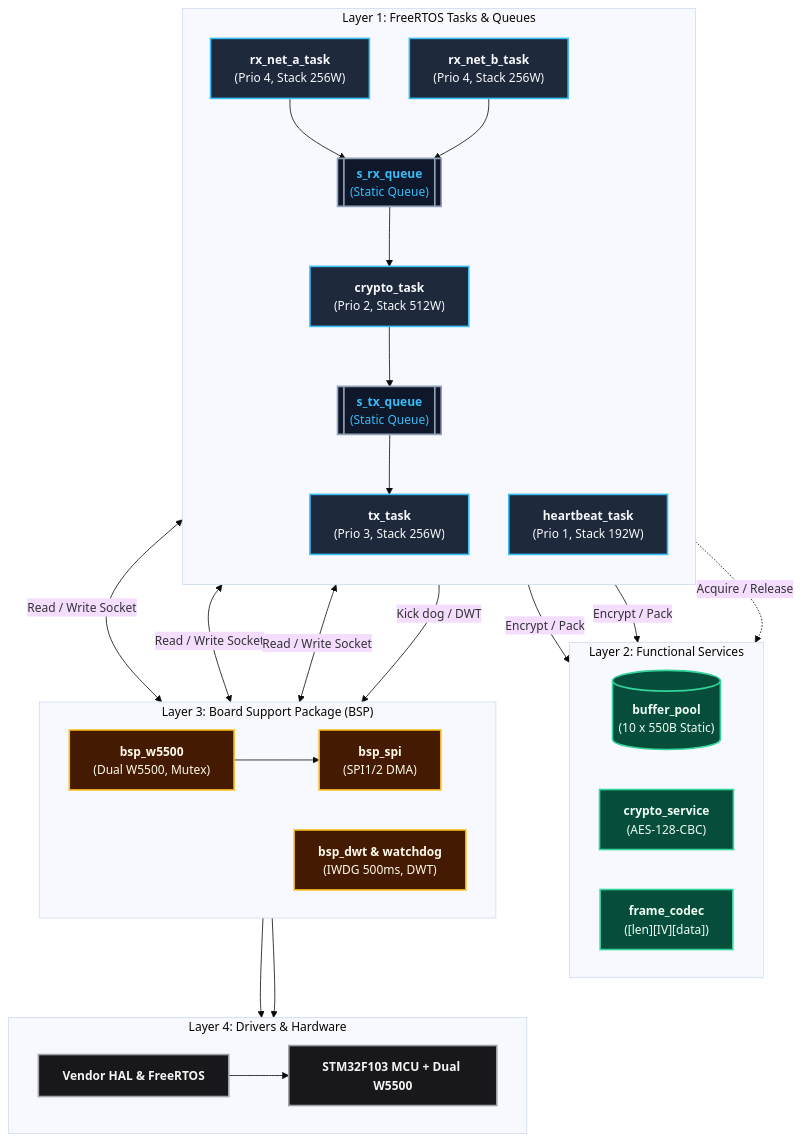
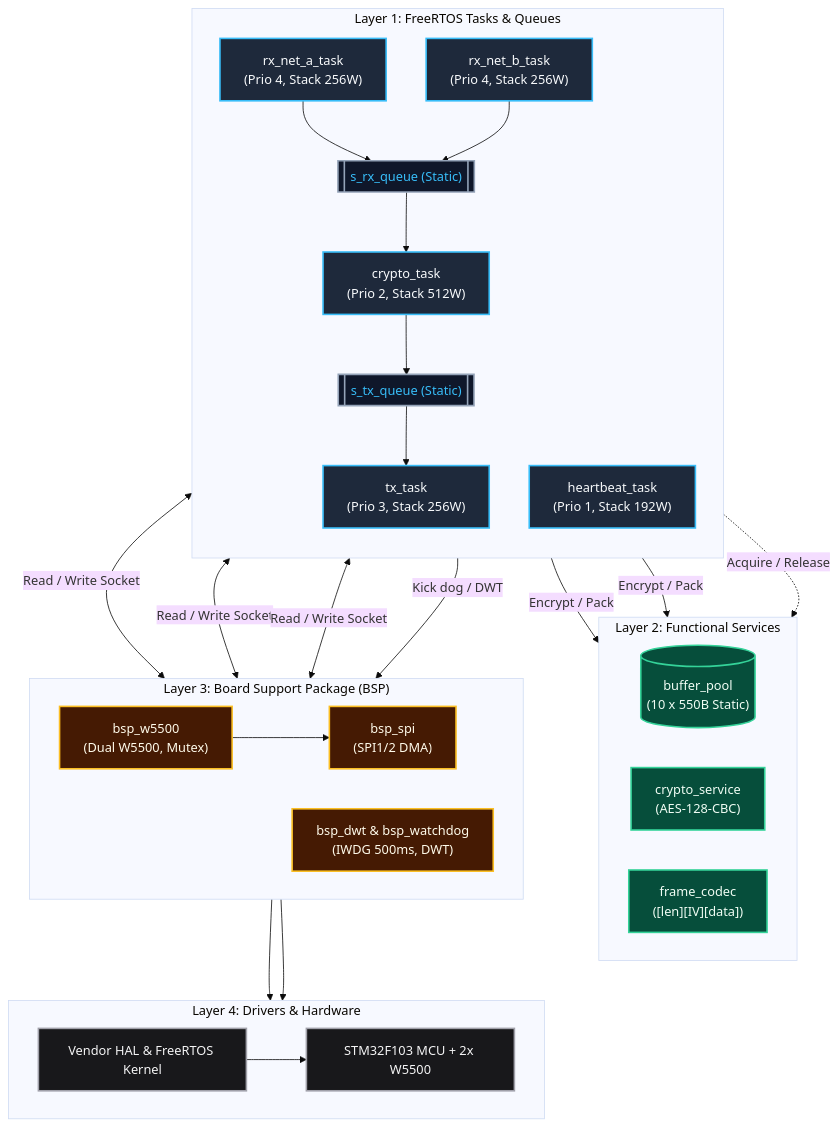
The second of 2 diagrams in README.md (Draconic211/Secure_Gateway_AES128_STM32), drawn with Mermaid before and after one commit.

````diff
--- a/README.md
+++ b/README.md
@@ -69,78 +69,63 @@
 ```mermaid
-%%{init: {'theme': 'base', 'themeVariables': { 'fontSize': '15px', 'fontFamily': 'ui-sans-serif, system-ui, -apple-system, Segoe UI, Roboto, Helvetica, Arial, sans-serif' }}}%%
+%%{init: {'theme': 'base', 'themeVariables': { 'fontSize': '16px', 'fontFamily': 'ui-sans-serif, system-ui, -apple-system, Segoe UI, Roboto, Helvetica, Arial, sans-serif' }}}%%
 flowchart TB
-    %% =============================================================
-    %% ĐỊNH NGHĨA FONT CHỮ LỚN & ĐỘ TƯƠNG PHẢN CAO
-    %% =============================================================
-    classDef default font-size:15px,color:#F8FAFC;
-    classDef taskClass    fill:#1E293B,stroke:#38BDF8,stroke-width:2px,color:#F8FAFC,font-size:15px;
-    classDef queueClass   fill:#0F172A,stroke:#94A3B8,stroke-width:2px,color:#38BDF8,font-size:15px;
-    classDef serviceClass fill:#064E3B,stroke:#34D399,stroke-width:2px,color:#F0FDF4,font-size:15px;
-    classDef bspClass     fill:#451A03,stroke:#FBBF24,stroke-width:2px,color:#FFFBEB,font-size:15px;
-    classDef hwClass      fill:#18181B,stroke:#A1A1AA,stroke-width:2px,color:#F4F4F5,font-size:15px;
+    classDef default font-size:16px;
+    classDef taskClass    fill:#1E293B,stroke:#38BDF8,stroke-width:2px,color:#F8FAFC,font-size:16px;
+    classDef queueClass   fill:#0F172A,stroke:#94A3B8,stroke-width:2px,color:#38BDF8,font-size:16px;
+    classDef serviceClass fill:#064E3B,stroke:#34D399,stroke-width:2px,color:#F0FDF4,font-size:16px;
+    classDef bspClass     fill:#451A03,stroke:#FBBF24,stroke-width:2px,color:#FFFBEB,font-size:16px;
+    classDef hwClass      fill:#18181B,stroke:#A1A1AA,stroke-width:2px,color:#F4F4F5,font-size:16px;
 
-    %% =============================================================
-    %% TẦNG 1: TASKS & QUEUES
-    %% =============================================================
     subgraph L1[" Layer 1: FreeRTOS Tasks & Queues "]
         direction TB
-        RXA["<b>rx_net_a_task</b><br/>(Prio 4, Stack 256W)"]
-        RXB["<b>rx_net_b_task</b><br/>(Prio 4, Stack 256W)"]
-        QRX[["<b>s_rx_queue</b><br/>(Static Queue)"]]
-        CRYPTO["<b>crypto_task</b><br/>(Prio 2, Stack 512W)"]
-        QTX[["<b>s_tx_queue</b><br/>(Static Queue)"]]
-        TX["<b>tx_task</b><br/>(Prio 3, Stack 256W)"]
-        HB["<b>heartbeat_task</b><br/>(Prio 1, Stack 192W)"]
+        RXA["rx_net_a_task<br/>(Prio 4, Stack 256W)"]
+        RXB["rx_net_b_task<br/>(Prio 4, Stack 256W)"]
+        QRX[["s_rx_queue (Static)"]]
+        CRYPTO["crypto_task<br/>(Prio 2, Stack 512W)"]
+        QTX[["s_tx_queue (Static)"]]
+        TX["tx_task<br/>(Prio 3, Stack 256W)"]
+        HB["heartbeat_task<br/>(Prio 1, Stack 192W)"]
 
         RXA & RXB --> QRX
         QRX --> CRYPTO
         CRYPTO --> QTX
         QTX --> TX
     end
 
-    %% =============================================================
-    %% TẦNG 2: SERVICES
-    %% =============================================================
     subgraph L2[" Layer 2: Functional Services "]
         direction LR
-        POOL[("<b>buffer_pool</b><br/>(10 x 550B Static)")]
-        CS["<b>crypto_service</b><br/>(AES-128-CBC)"]
-        CODEC["<b>frame_codec</b><br/>([len][IV][data])"]
+        POOL[("buffer_pool<br/>(10 x 550B Static)")]
+        CS["crypto_service<br/>(AES-128-CBC)"]
+        CODEC["frame_codec<br/>([len][IV][data])"]
     end
 
-    %% =============================================================
-    %% TẦNG 3: BSP
-    %% =============================================================
     subgraph L3[" Layer 3: Board Support Package (BSP) "]
         direction LR
-        WIZ["<b>bsp_w5500</b><br/>(Dual W5500, Mutex)"]
-        SPI["<b>bsp_spi</b><br/>(SPI1/2 DMA)"]
-        DIAG["<b>bsp_dwt & watchdog</b><br/>(IWDG 500ms, DWT)"]
+        WIZ["bsp_w5500<br/>(Dual W5500, Mutex)"]
+        SPI["bsp_spi<br/>(SPI1/2 DMA)"]
+        DIAG["bsp_dwt & bsp_watchdog<br/>(IWDG 500ms, DWT)"]
 
         WIZ --> SPI
     end
 
-    %% =============================================================
-    %% TẦNG 4: DRIVERS & HARDWARE
-    %% =============================================================
     subgraph L4[" Layer 4: Drivers & Hardware "]
         direction LR
-        HAL["<b>Vendor HAL & FreeRTOS</b>"]
-        HW["<b>STM32F103 MCU + Dual W5500</b>"]
+        HAL["Vendor HAL & FreeRTOS Kernel"]
+        HW["STM32F103 MCU + 2x W5500"]
         HAL --> HW
     end
 
-    %% Giao tiếp liên tầng
+    %% Giao tiếp giữa các tầng (gọn gàng, không bị chồng chéo)
     L1 -.->|"Acquire / Release"| POOL
     CRYPTO -->|"Encrypt / Pack"| CS & CODEC
     RXA & RXB & TX <-->|"Read / Write Socket"| WIZ
     HB -->|"Kick dog / DWT"| DIAG
 
     SPI & DIAG --> HAL
 
     class RXA,RXB,CRYPTO,TX,HB taskClass;
     class QRX,QTX queueClass;
     class POOL,CS,CODEC serviceClass;
     class WIZ,SPI,DIAG bspClass;
     class HAL,HW hwClass;
 ```
````
